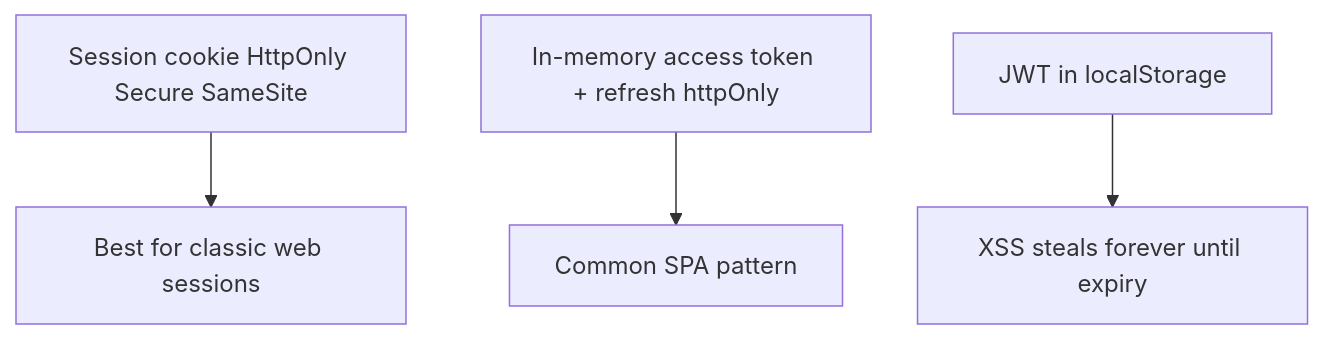
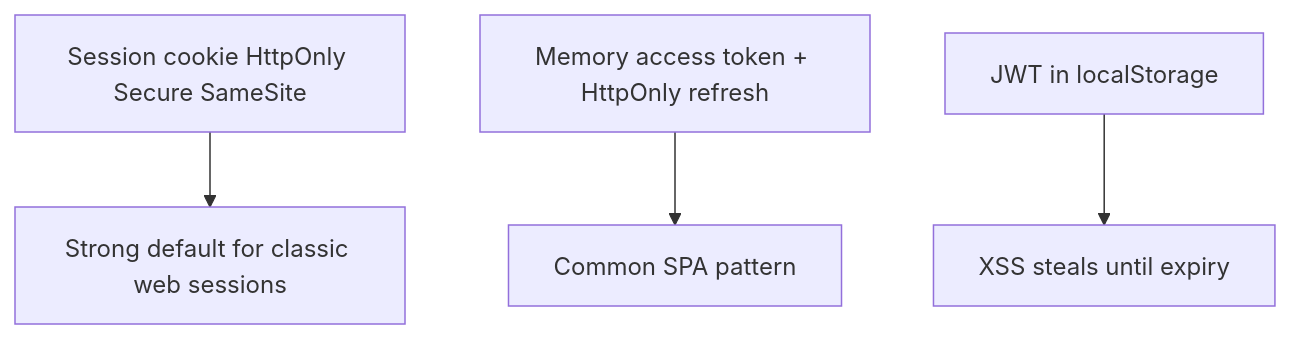
One commit to prajjwaljogdand/FullstackPreparation changed the sixth of 6 diagrams in docs/javascript/21-security.md. Above: the diagram before and after it, drawn with Mermaid. The commit also changed other lines of this file and 91 other files, not shown here.

````diff
--- a/docs/javascript/21-security.md
+++ b/docs/javascript/21-security.md
@@ -165,6 +361,6 @@
 ```mermaid
 flowchart TB
-  session["Session cookie HttpOnly Secure SameSite"] --> best["Best for classic web sessions"]
-  mem["In-memory access token + refresh httpOnly"] --> spa["Common SPA pattern"]
-  ls["JWT in localStorage"] --> xss["XSS steals forever until expiry"]
+  cookie["Session cookie HttpOnly Secure SameSite"] --> best["Strong default for classic web sessions"]
+  hybrid["Memory access token + HttpOnly refresh"] --> spa["Common SPA pattern"]
+  ls["JWT in localStorage"] --> xss["XSS steals until expiry"]
 ```
````
